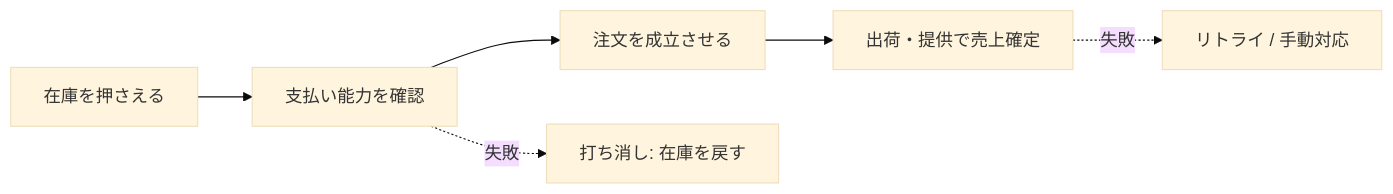
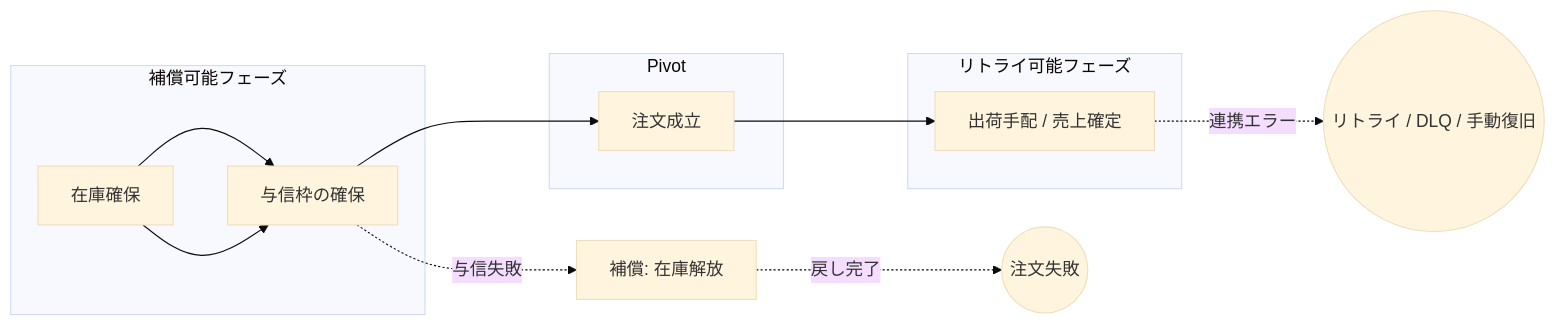
Before and after one commit to mizukendesu/zenn-content: the diagram in articles/ec803bd95ceb09.md, drawn with Mermaid (base theme). The commit also changed other lines of this file, not shown here.

````diff
--- a/articles/ec803bd95ceb09.md
+++ b/articles/ec803bd95ceb09.md
@@ -84,9 +112,21 @@
 ```mermaid
 flowchart LR
-  A[在庫を押さえる] --> B[支払い能力を確認]
-  B --> C[注文を成立させる]
-  C --> D[出荷・提供で売上確定]
+  subgraph Compensable [補償可能フェーズ]
+    A[在庫確保] --> B[与信枠の確保]
+  end
 
-  B -.失敗.-> X[打ち消し: 在庫を戻す]
-  D -.失敗.-> Z[リトライ / 手動対応]
+  subgraph PivotPhase [Pivot]
+    C[注文成立]
+  end
+
+  subgraph Retryable [リトライ可能フェーズ]
+    D[出荷手配 / 売上確定]
+  end
+
+  A --> B --> C --> D
+
+  B -.与信失敗.-> X[補償: 在庫解放]
+  X -.戻し完了.-> F((注文失敗))
+
+  D -.連携エラー.-> Z((リトライ / DLQ / 手動復旧))
 ```
````
